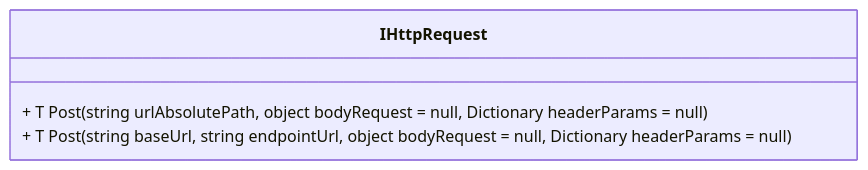
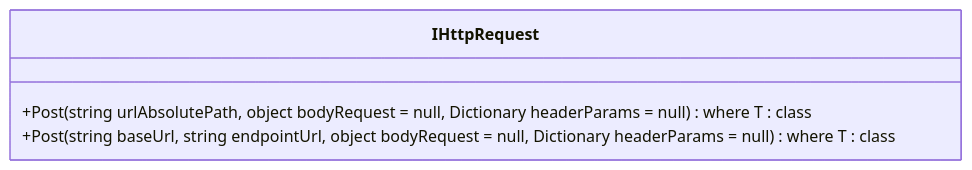
The diagram in docs/b2b-dominio/IsthmusWinthor.Nucleo/IsthmusWinthor.Dominio/Interfaces/IHttpRequest.md (IsthmusSistemas/documentacao-tecnica), drawn with Mermaid before and after one commit. The commit also changed other lines of this file and 882 other files, not shown here.

````diff
--- a/docs/b2b-dominio/IsthmusWinthor.Nucleo/IsthmusWinthor.Dominio/Interfaces/IHttpRequest.md
+++ b/docs/b2b-dominio/IsthmusWinthor.Nucleo/IsthmusWinthor.Dominio/Interfaces/IHttpRequest.md
@@ -43,7 +40,7 @@
 ```mermaid
 classDiagram
     class IHttpRequest {
-        + T Post<T>(string urlAbsolutePath, object bodyRequest = null, Dictionary<string, string> headerParams = null)
-        + T Post<T>(string baseUrl, string endpointUrl, object bodyRequest = null, Dictionary<string, string> headerParams = null)
+        +Post<T>(string urlAbsolutePath, object bodyRequest = null, Dictionary<string, string> headerParams = null) where T : class
+        +Post<T>(string baseUrl, string endpointUrl, object bodyRequest = null, Dictionary<string, string> headerParams = null) where T : class
     }
 ```
````
